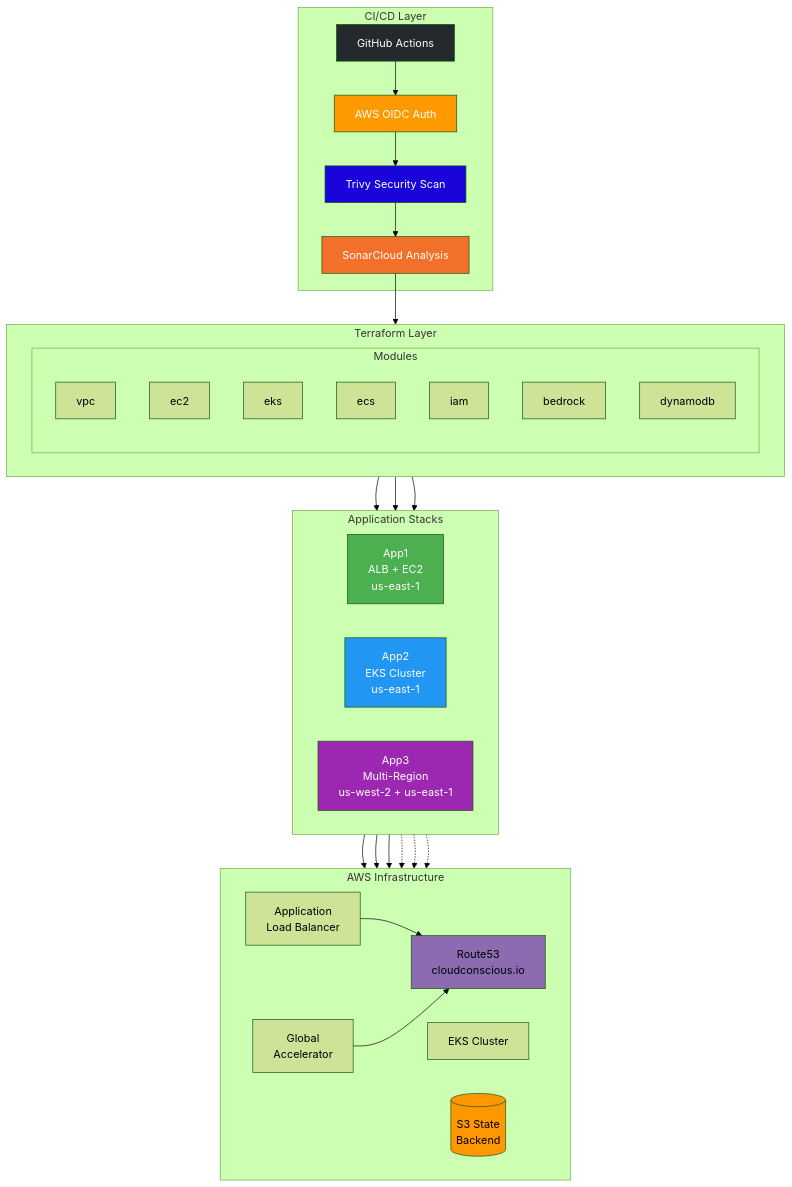
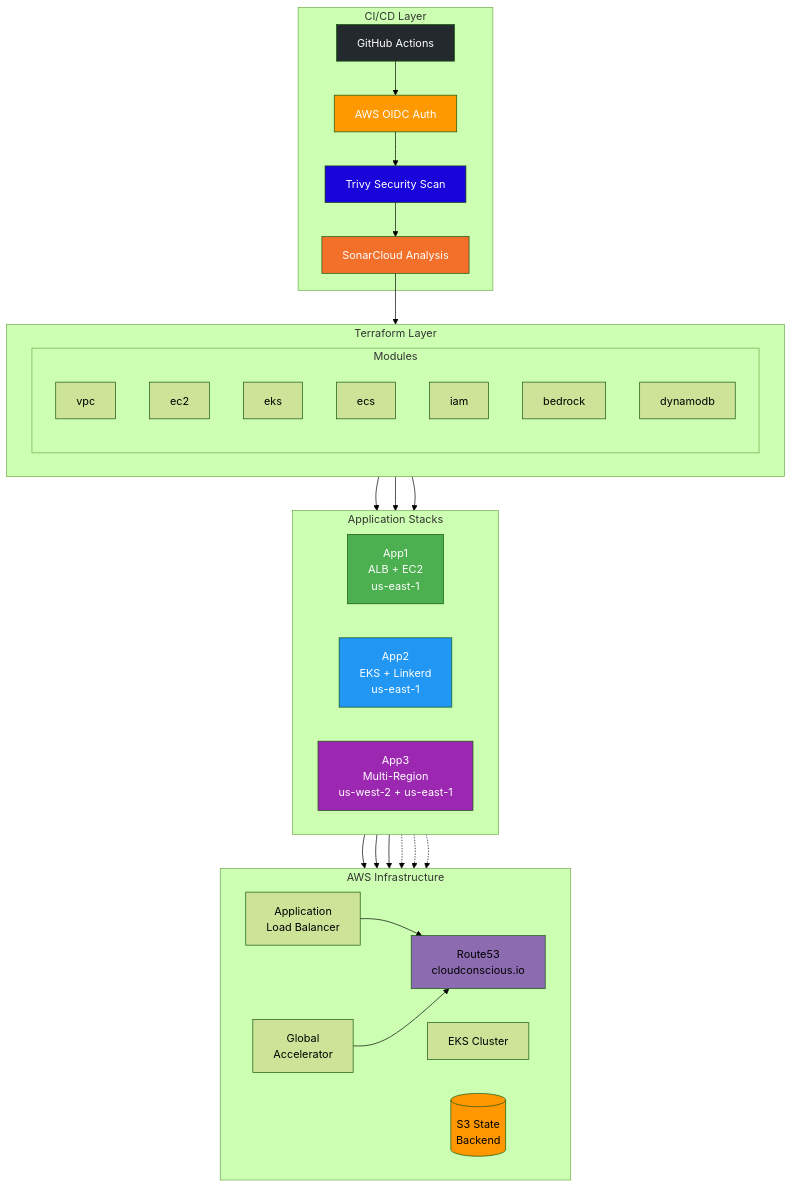
Before and after one commit to vegatros/repo1: the first of 6 diagrams in README.md, drawn with Mermaid (forest theme). The commit also changed other lines of this file, not shown here.

First line of the commit message:
docs: update README with app2 EKS overhaul (Linkerd, IRSA, Helm)

````diff
--- a/README.md
+++ b/README.md
@@ -9,56 +9,56 @@
 ```mermaid
 graph TB
     subgraph "CI/CD Layer"
         GH[GitHub Actions]
         OIDC[AWS OIDC Auth]
         Trivy[Trivy Security Scan]
         Sonar[SonarCloud Analysis]
     end
 
     subgraph "Terraform Layer"
         direction LR
         subgraph Modules
             VPC[vpc]
             EC2M[ec2]
             EKSM[eks]
             ECSM[ecs]
             IAMM[iam]
             BRM[bedrock]
             DDB[dynamodb]
         end
     end
 
     subgraph "Application Stacks"
         direction LR
         APP1["App1<br/>ALB + EC2<br/>us-east-1"]
-        APP2["App2<br/>EKS Cluster<br/>us-east-1"]
+        APP2["App2<br/>EKS + Linkerd<br/>us-east-1"]
         APP3["App3<br/>Multi-Region<br/>us-west-2 + us-east-1"]
     end
 
     subgraph "AWS Infrastructure"
         direction LR
         R53[Route53<br/>cloudconscious.io]
         ALB[Application<br/>Load Balancer]
         EKS[EKS Cluster]
         GA[Global<br/>Accelerator]
         S3[(S3 State<br/>Backend)]
     end
 
     GH --> OIDC --> Trivy --> Sonar
     Sonar --> Modules
     Modules --> APP1 & APP2 & APP3
     APP1 --> ALB --> R53
     APP2 --> EKS
     APP3 --> GA --> R53
     APP1 & APP2 & APP3 -.-> S3
 
     style GH fill:#24292e,color:#fff
     style OIDC fill:#ff9900,color:#fff
     style Trivy fill:#1904da,color:#fff
     style Sonar fill:#f3702a,color:#fff
     style APP1 fill:#4caf50,color:#fff
     style APP2 fill:#2196f3,color:#fff
     style APP3 fill:#9c27b0,color:#fff
     style R53 fill:#8c6bb1
     style S3 fill:#ff9800
 ```
````
